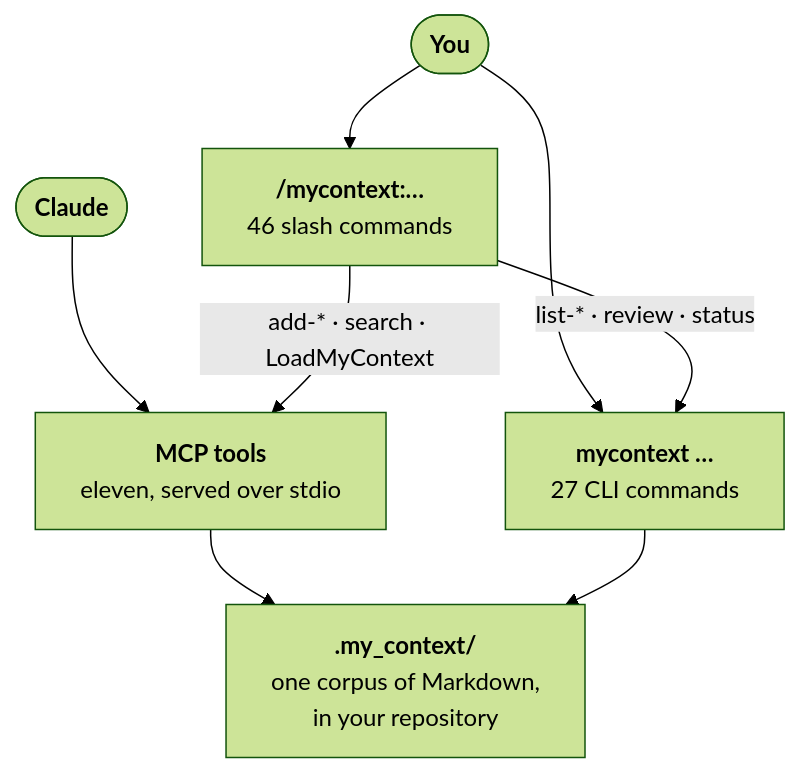
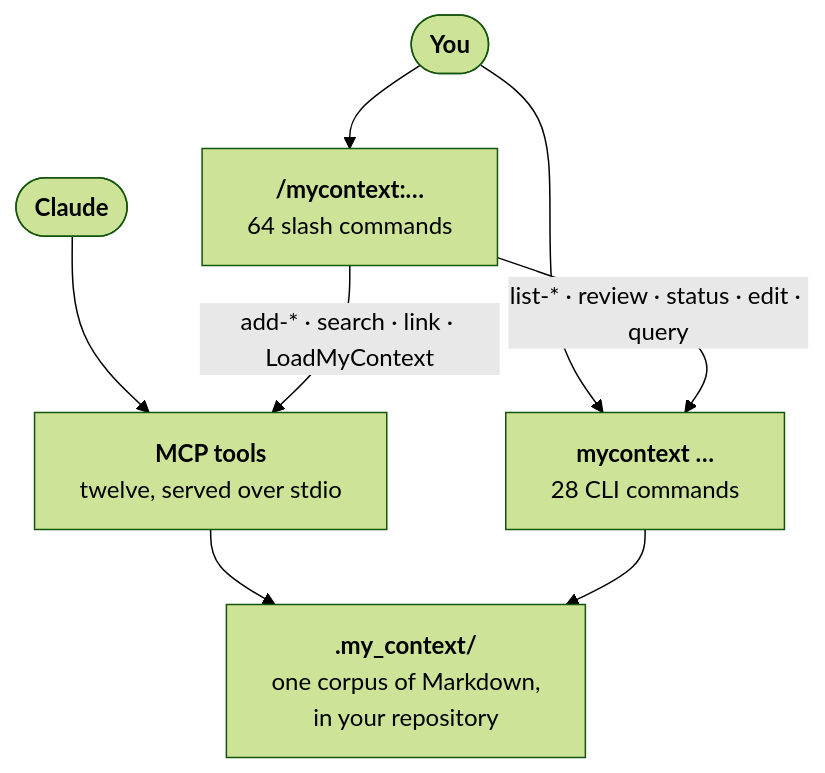
Before and after one commit to Dudi-Bar-On/my-context: the fourth of 5 diagrams in README.md, drawn with Mermaid (forest theme). The commit also changed other lines of this file and 3 other files, not shown here.

````diff
--- a/README.md
+++ b/README.md
@@ -1687,10 +1687,10 @@
 ```mermaid
 flowchart TB
-  U(["<b>You</b>"]) --> SL["<b>/mycontext:…</b><br/>46 slash commands"]
-  U --> CL["<b>mycontext …</b><br/>27 CLI commands"]
-  A(["<b>Claude</b>"]) --> TL["<b>MCP tools</b><br/>eleven, served over stdio"]
-  SL -->|"add-* · search · LoadMyContext"| TL
-  SL -->|"list-* · review · status"| CL
+  U(["<b>You</b>"]) --> SL["<b>/mycontext:…</b><br/>64 slash commands"]
+  U --> CL["<b>mycontext …</b><br/>28 CLI commands"]
+  A(["<b>Claude</b>"]) --> TL["<b>MCP tools</b><br/>twelve, served over stdio"]
+  SL -->|"add-* · search · link · LoadMyContext"| TL
+  SL -->|"list-* · review · status · edit · query"| CL
   TL --> CO["<b>.my_context/</b><br/>one corpus of Markdown,<br/>in your repository"]
   CL --> CO
 ```
````
